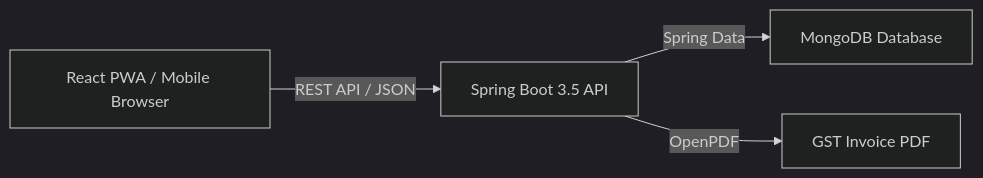
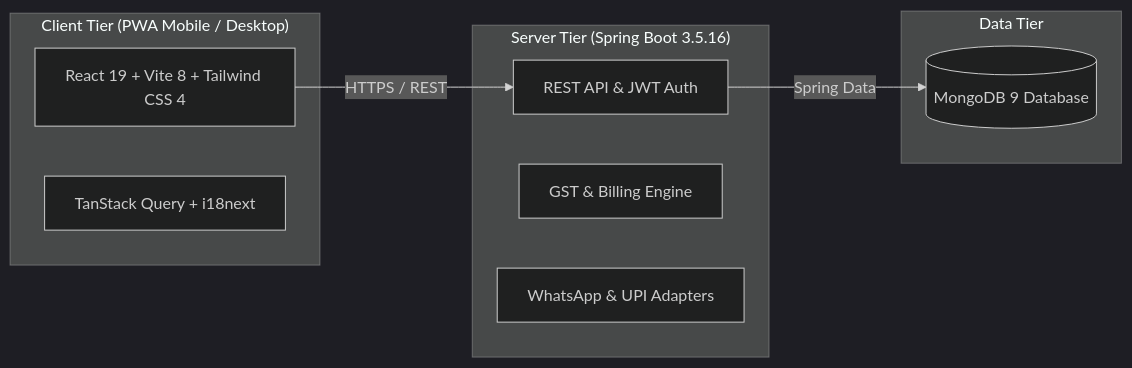
One commit to bhaktaji/gym-management changed the second of 2 diagrams in README.md. Above: the diagram before and after it, drawn with Mermaid (dark theme). The commit also changed other lines of this file, not shown here.

Commit message:
docs: overhaul README with rich professional formatting, badges, architecture diagrams, and investor overview

````diff
--- a/README.md
+++ b/README.md
@@ -102,6 +64,20 @@
 ```mermaid
 graph LR
-    A[React PWA / Mobile Browser] -->|REST API / JSON| B[Spring Boot 3.5 API]
-    B -->|Spring Data| C[MongoDB Database]
-    B -->|OpenPDF| D[GST Invoice PDF]
+    subgraph Client ["Client Tier (PWA Mobile / Desktop)"]
+        A[React 19 + Vite 8 + Tailwind CSS 4]
+        B[TanStack Query + i18next]
+    end
+
+    subgraph Backend ["Server Tier (Spring Boot 3.5.16)"]
+        C[REST API & JWT Auth]
+        D[GST & Billing Engine]
+        E[WhatsApp & UPI Adapters]
+    end
+
+    subgraph Storage ["Data Tier"]
+        F[(MongoDB 9 Database)]
+    end
+
+    A -->|HTTPS / REST| C
+    C -->|Spring Data| F
 ```
````
